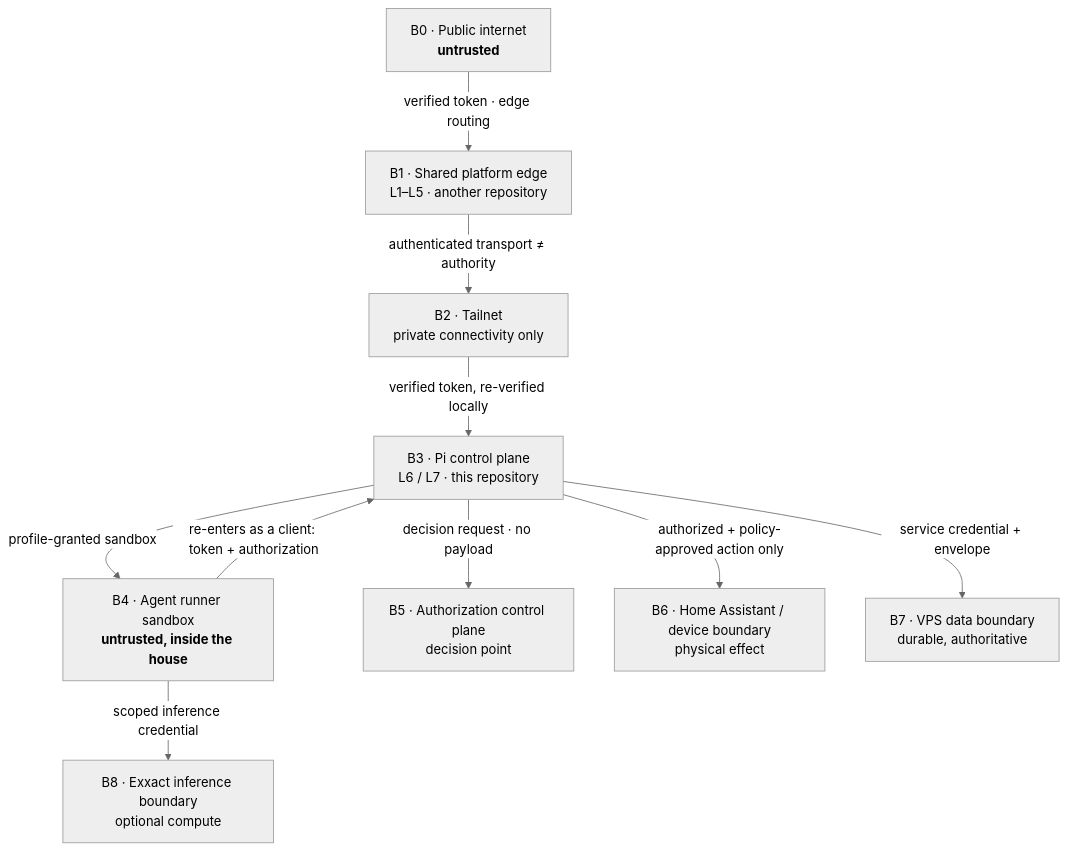
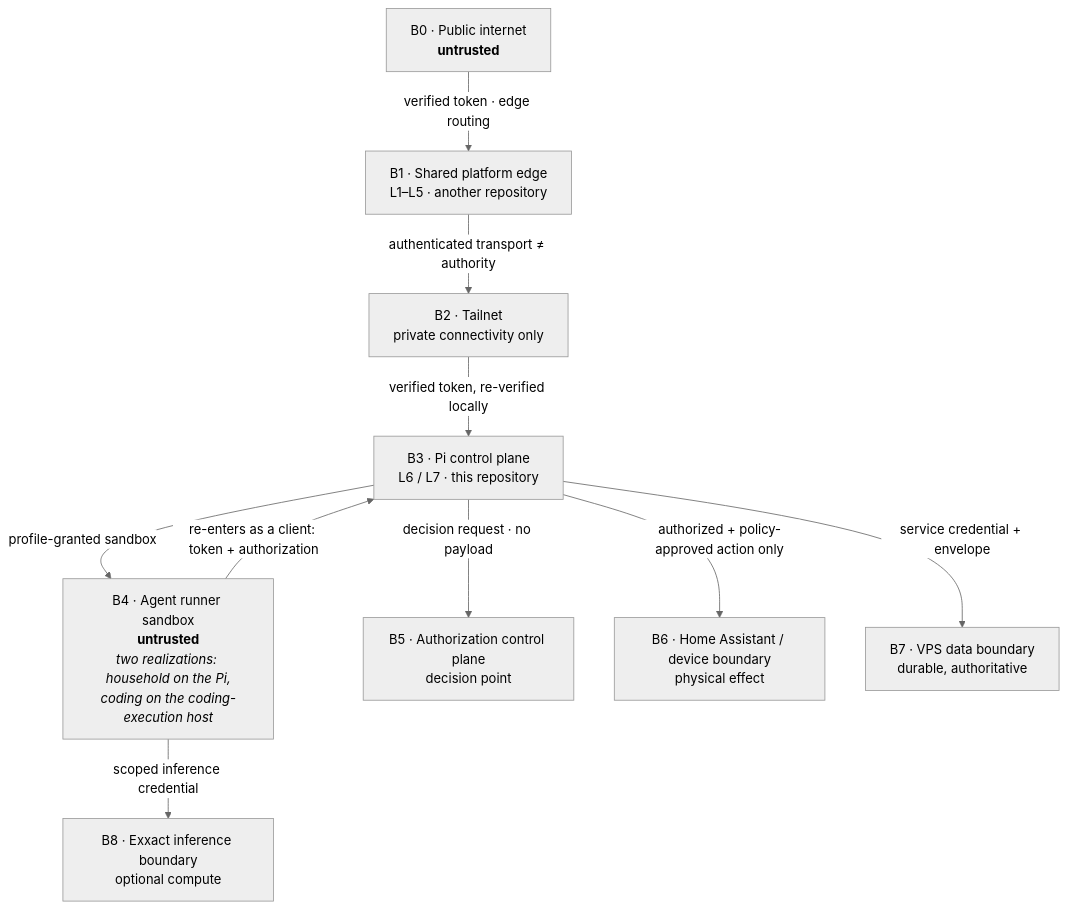
One commit to pulse-ops-ai/secure-home-agent-platform changed the diagram in docs/architecture/trust-boundaries.md. Above: the diagram before and after it, drawn with Mermaid (neutral theme). The commit also changed other lines of this file and 21 other files, not shown here.

````diff
--- a/docs/architecture/trust-boundaries.md
+++ b/docs/architecture/trust-boundaries.md
@@ -37,22 +45,22 @@
 ```mermaid
 flowchart TB
     B0["B0 · Public internet<br/><b>untrusted</b>"]
     B1["B1 · Shared platform edge<br/>L1–L5 · another repository"]
     B2["B2 · Tailnet<br/>private connectivity only"]
     B3["B3 · Pi control plane<br/>L6 / L7 · this repository"]
-    B4["B4 · Agent runner sandbox<br/><b>untrusted, inside the house</b>"]
+    B4["B4 · Agent runner sandbox<br/><b>untrusted</b><br/><i>two realizations: household on the Pi,<br/>coding on the coding-execution host</i>"]
     B5["B5 · Authorization control plane<br/>decision point"]
     B6["B6 · Home Assistant / device boundary<br/>physical effect"]
     B7["B7 · VPS data boundary<br/>durable, authoritative"]
     B8["B8 · Exxact inference boundary<br/>optional compute"]
 
     B0 -->|"verified token · edge routing"| B1
     B1 -->|"authenticated transport ≠ authority"| B2
     B2 -->|"verified token, re-verified locally"| B3
     B3 -->|"profile-granted sandbox"| B4
     B4 -->|"re-enters as a client: token + authorization"| B3
     B3 -->|"decision request · no payload"| B5
     B3 -->|"authorized + policy-approved action only"| B6
     B3 -->|"service credential + envelope"| B7
     B4 -->|"scoped inference credential"| B8
 ```
````
